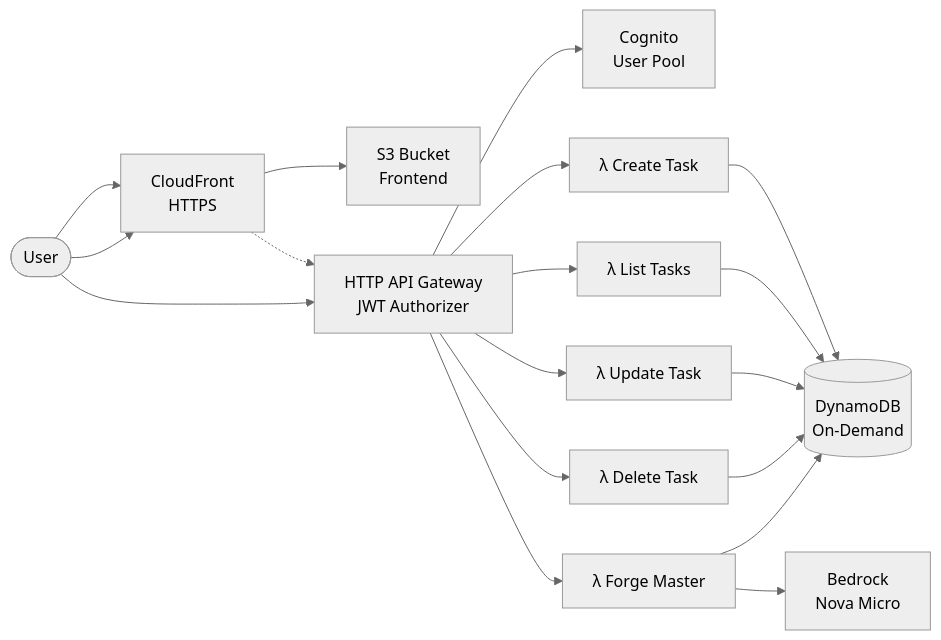
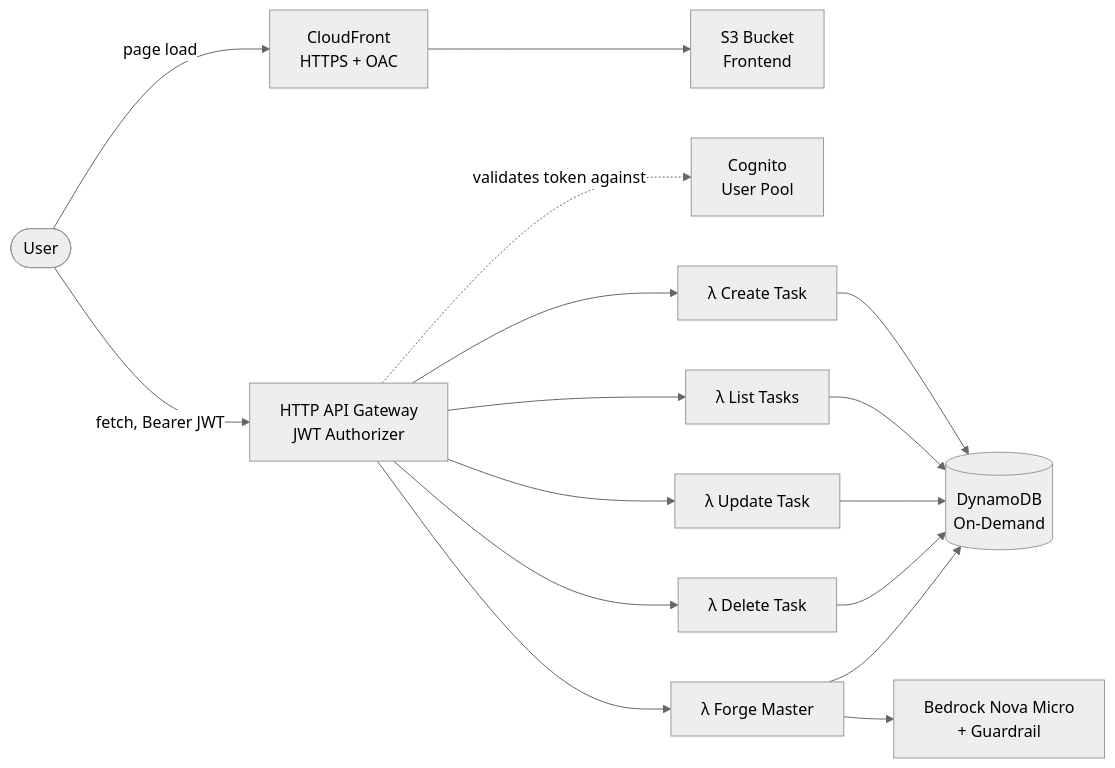
Before and after one commit to cShirley14/FocusForge: the diagram in README.md, drawn with Mermaid (neutral theme). The commit also changed other lines of this file, not shown here.

````diff
--- a/README.md
+++ b/README.md
@@ -14,22 +35,21 @@
 ```mermaid
 graph LR
-    User([User]) --> CF[CloudFront<br/>HTTPS]
+    User([User]) -->|page load| CF[CloudFront<br/>HTTPS + OAC]
     CF --> S3[S3 Bucket<br/>Frontend]
-    User --> CF
-    CF -.-> APIGW
 
-    User --> APIGW[HTTP API Gateway<br/>JWT Authorizer]
-    APIGW --> Cognito[Cognito<br/>User Pool]
+    User -->|"fetch, Bearer JWT"| APIGW[HTTP API Gateway<br/>JWT Authorizer]
+    APIGW -.->|validates token against| Cognito[Cognito<br/>User Pool]
+
     APIGW --> CreateTask[λ Create Task]
     APIGW --> ListTasks[λ List Tasks]
     APIGW --> UpdateTask[λ Update Task]
     APIGW --> DeleteTask[λ Delete Task]
     APIGW --> ForgeMaster[λ Forge Master]
 
     CreateTask --> DDB[(DynamoDB<br/>On-Demand)]
     ListTasks --> DDB
     UpdateTask --> DDB
     DeleteTask --> DDB
     ForgeMaster --> DDB
-    ForgeMaster --> Bedrock[Bedrock<br/>Nova Micro]
+    ForgeMaster --> Bedrock[Bedrock Nova Micro<br/>+ Guardrail]
 ```
````
